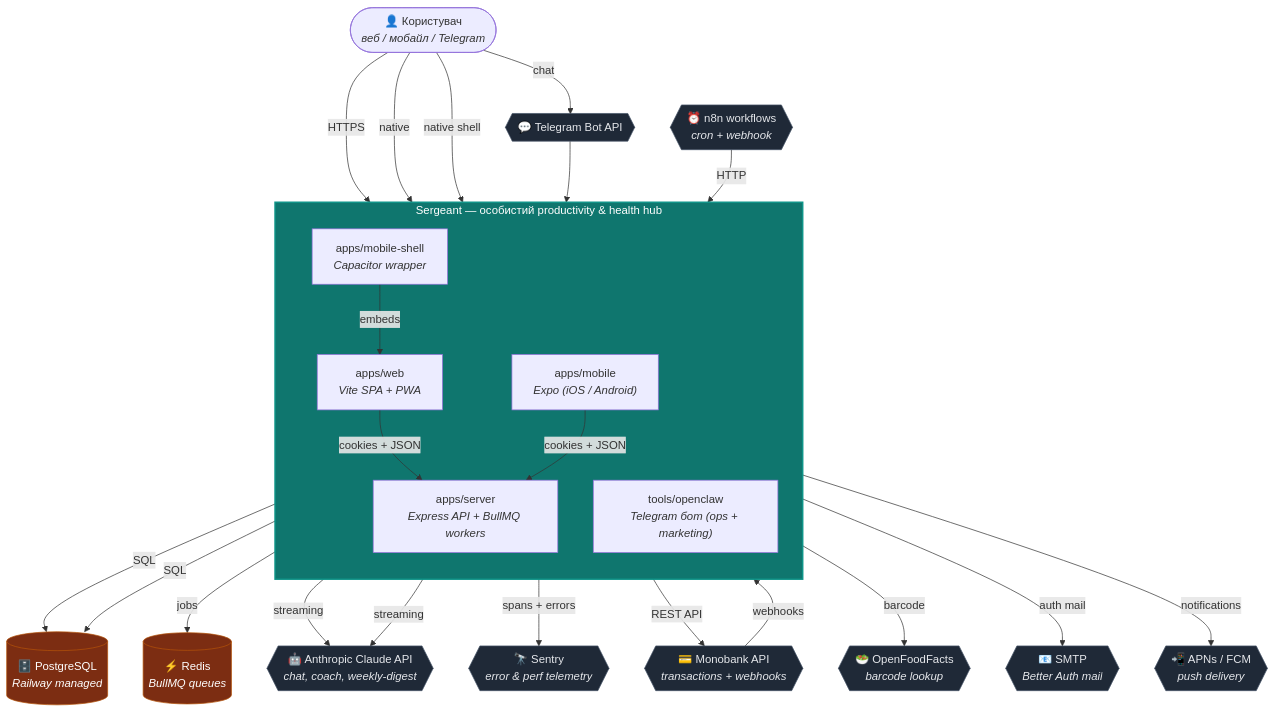
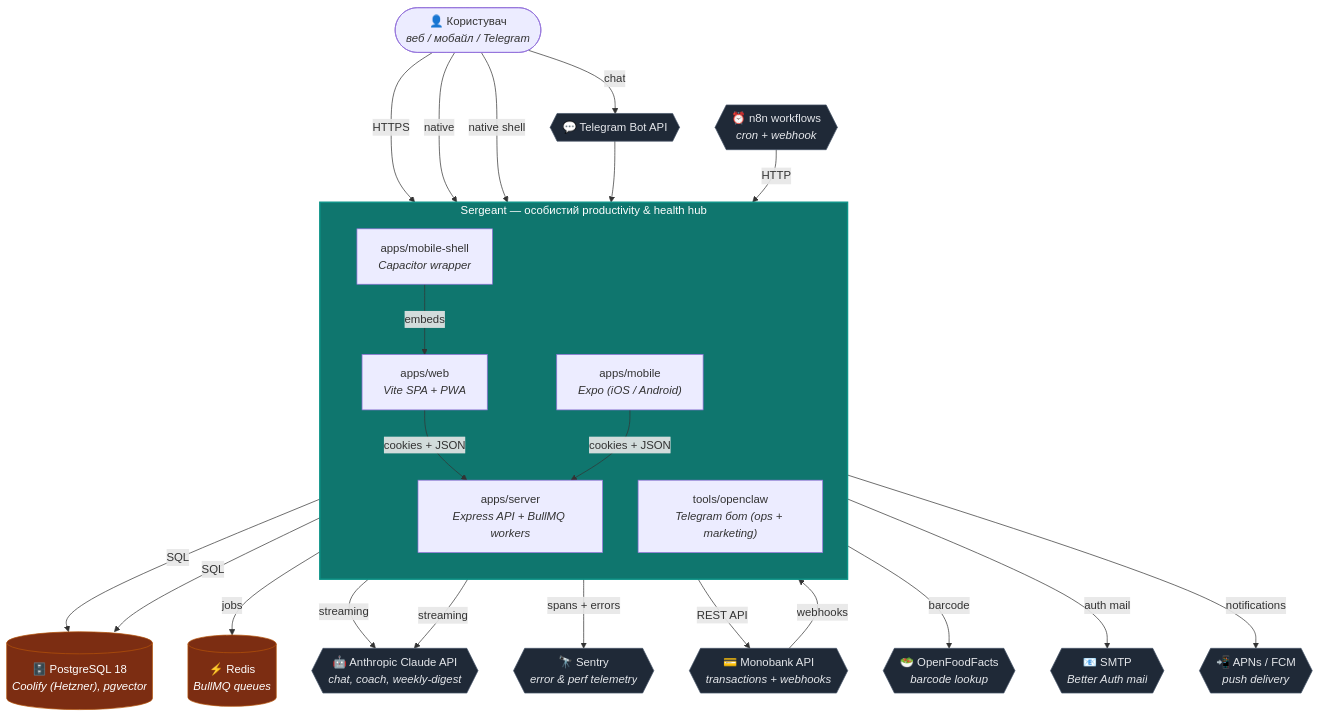
The diagram in docs/02-engineering/architecture/diagrams/c1-system-context.md (SkOrDs-02/sergeant), drawn with Mermaid before and after one commit. The commit also changed other lines of this file and 14 other files, not shown here.

First line of the commit message:
@ docs(root): extend Hetzner/Coolify reconciliation — C4 diagrams + pointer refs

````diff
--- a/docs/02-engineering/architecture/diagrams/c1-system-context.md
+++ b/docs/02-engineering/architecture/diagrams/c1-system-context.md
@@ -8,54 +8,54 @@
 ```mermaid
 flowchart TB
     User(["👤 Користувач<br/><i>веб / мобайл / Telegram</i>"])
 
     subgraph Sergeant["Sergeant — особистий productivity & health hub"]
         direction TB
         WebApp["apps/web<br/><i>Vite SPA + PWA</i>"]
         MobileApp["apps/mobile<br/><i>Expo (iOS / Android)</i>"]
         ShellApp["apps/mobile-shell<br/><i>Capacitor wrapper</i>"]
         Server["apps/server<br/><i>Express API + BullMQ workers</i>"]
         Console["tools/openclaw<br/><i>Telegram бот (ops + marketing)</i>"]
     end
 
-    Postgres[("🗄️ PostgreSQL<br/><i>Railway managed</i>")]
+    Postgres[("🗄️ PostgreSQL 18<br/><i>Coolify (Hetzner), pgvector</i>")]
     Redis[("⚡ Redis<br/><i>BullMQ queues</i>")]
     Anthropic{{"🤖 Anthropic Claude API<br/><i>chat, coach, weekly-digest</i>"}}
     Sentry{{"🔭 Sentry<br/><i>error & perf telemetry</i>"}}
     n8n{{"⏰ n8n workflows<br/><i>cron + webhook</i>"}}
     Mono{{"💳 Monobank API<br/><i>transactions + webhooks</i>"}}
     OFF{{"🥗 OpenFoodFacts<br/><i>barcode lookup</i>"}}
     SMTP{{"📧 SMTP<br/><i>Better Auth mail</i>"}}
     Push{{"📲 APNs / FCM<br/><i>push delivery</i>"}}
     Telegram{{"💬 Telegram Bot API"}}
 
     User -->|HTTPS| WebApp
     User -->|native| MobileApp
     User -->|native shell| ShellApp
     User -->|chat| Telegram
 
     ShellApp -->|embeds| WebApp
     WebApp -->|cookies + JSON| Server
     MobileApp -->|cookies + JSON| Server
     Telegram --> Console
 
     Server -->|SQL| Postgres
     Server -->|jobs| Redis
     Server -->|streaming| Anthropic
     Server -->|spans + errors| Sentry
     Server -->|REST API| Mono
     Mono -->|webhooks| Server
     Server -->|barcode| OFF
     Server -->|auth mail| SMTP
     Server -->|notifications| Push
     n8n -->|HTTP| Server
     Console -->|SQL| Postgres
     Console -->|streaming| Anthropic
 
     classDef sys fill:#0f766e,stroke:#0d9488,color:#fff,stroke-width:2px
     classDef ext fill:#1f2937,stroke:#475569,color:#e5e7eb
     classDef store fill:#7c2d12,stroke:#b45309,color:#fff
     class Sergeant sys
     class Postgres,Redis store
     class Anthropic,Sentry,n8n,Mono,OFF,SMTP,Push,Telegram ext
 ```
````
